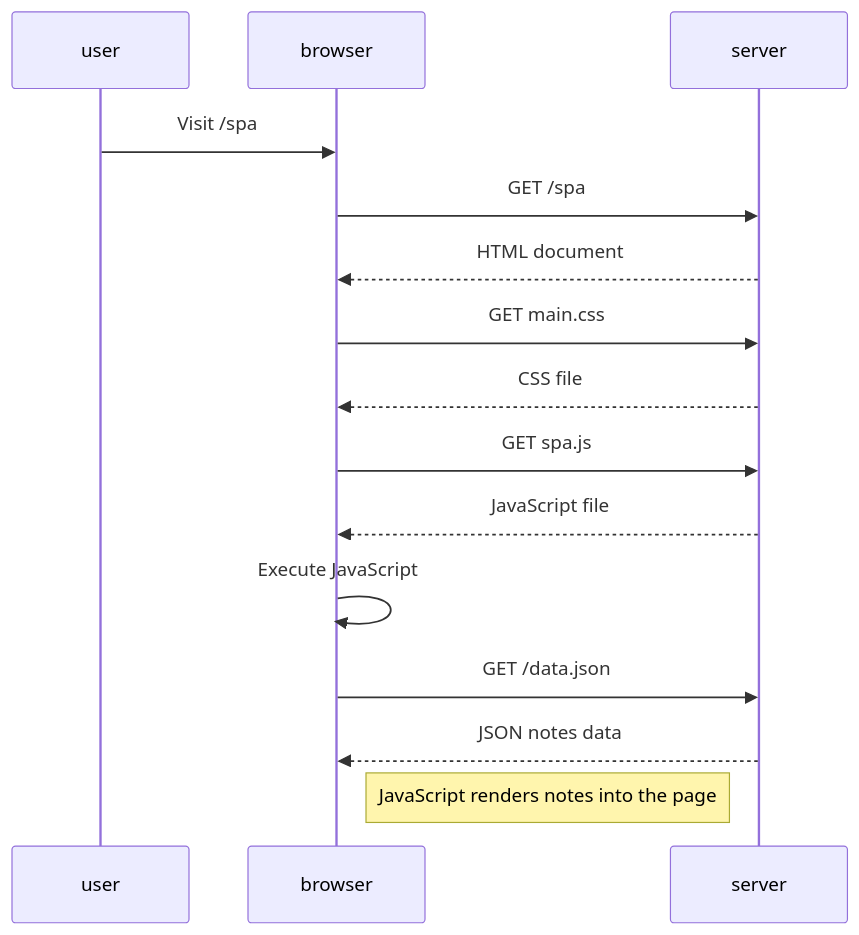
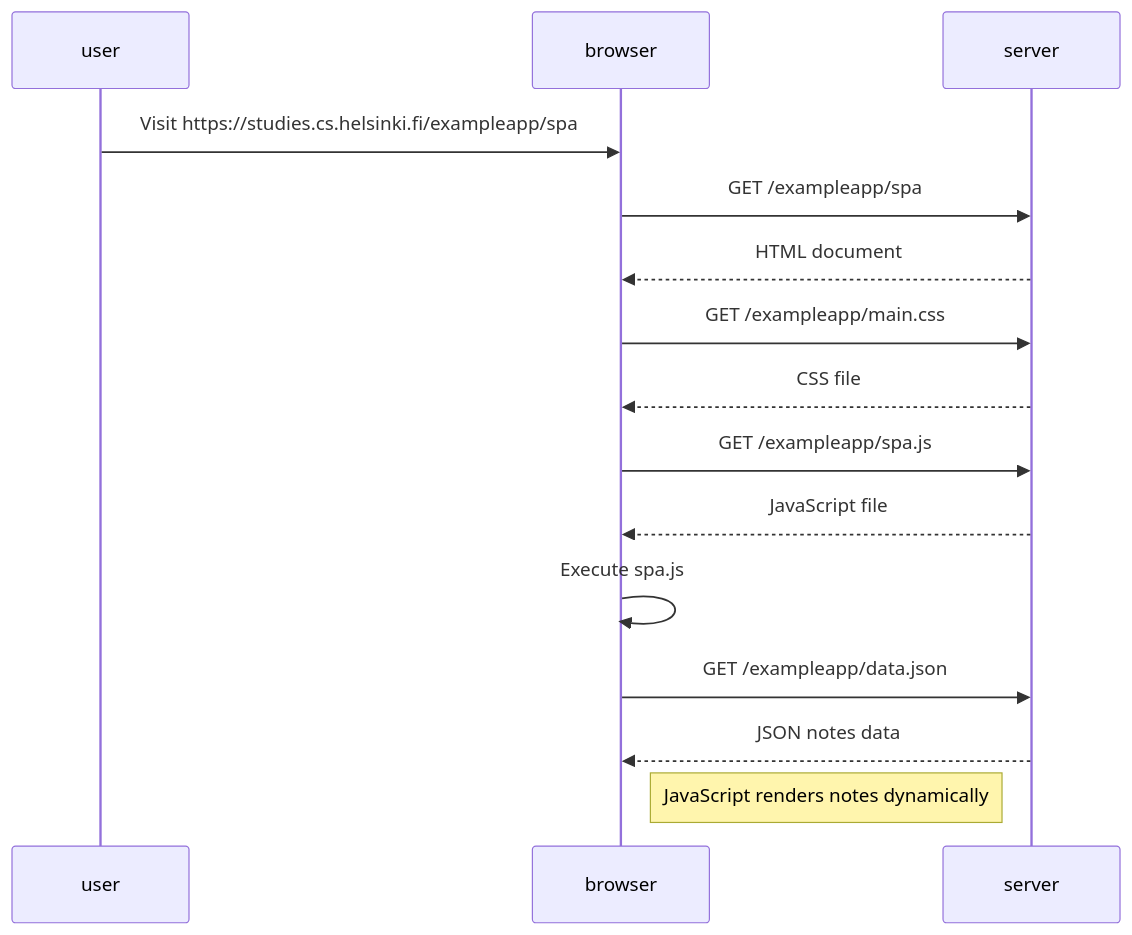
The diagram in part0/exercise-0.5.md (gabor-kalucza/full-stack-open), drawn with Mermaid before and after one commit.

Commit message:
fix: update exercise 0.5 solution

````diff
--- a/part0/exercise-0.5.md
+++ b/part0/exercise-0.5.md
@@ -1,25 +1,26 @@
 ```mermaid
 
 sequenceDiagram
     participant user
     participant browser
     participant server
 
-    user->>browser: Visit /spa
+    user->>browser: Visit https://studies.cs.helsinki.fi/exampleapp/spa
 
-    browser->>server: GET /spa
+    browser->>server: GET /exampleapp/spa
     server-->>browser: HTML document
 
-    browser->>server: GET main.css
+    browser->>server: GET /exampleapp/main.css
     server-->>browser: CSS file
 
-    browser->>server: GET spa.js
+    browser->>server: GET /exampleapp/spa.js
     server-->>browser: JavaScript file
 
-    browser->>browser: Execute JavaScript
+    browser->>browser: Execute spa.js
 
-    browser->>server: GET /data.json
+    browser->>server: GET /exampleapp/data.json
     server-->>browser: JSON notes data
 
-    note right of browser: JavaScript renders notes into the page
+    note right of browser: JavaScript renders notes dynamically
+
 ```
````
